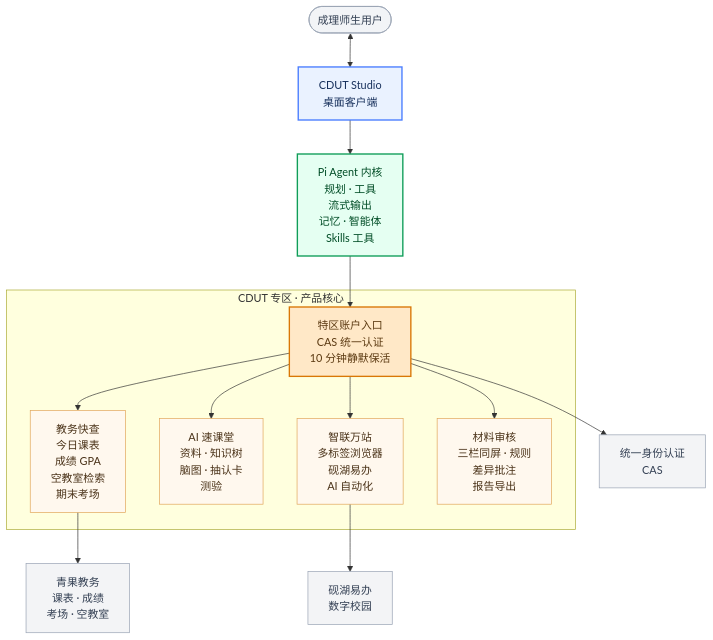
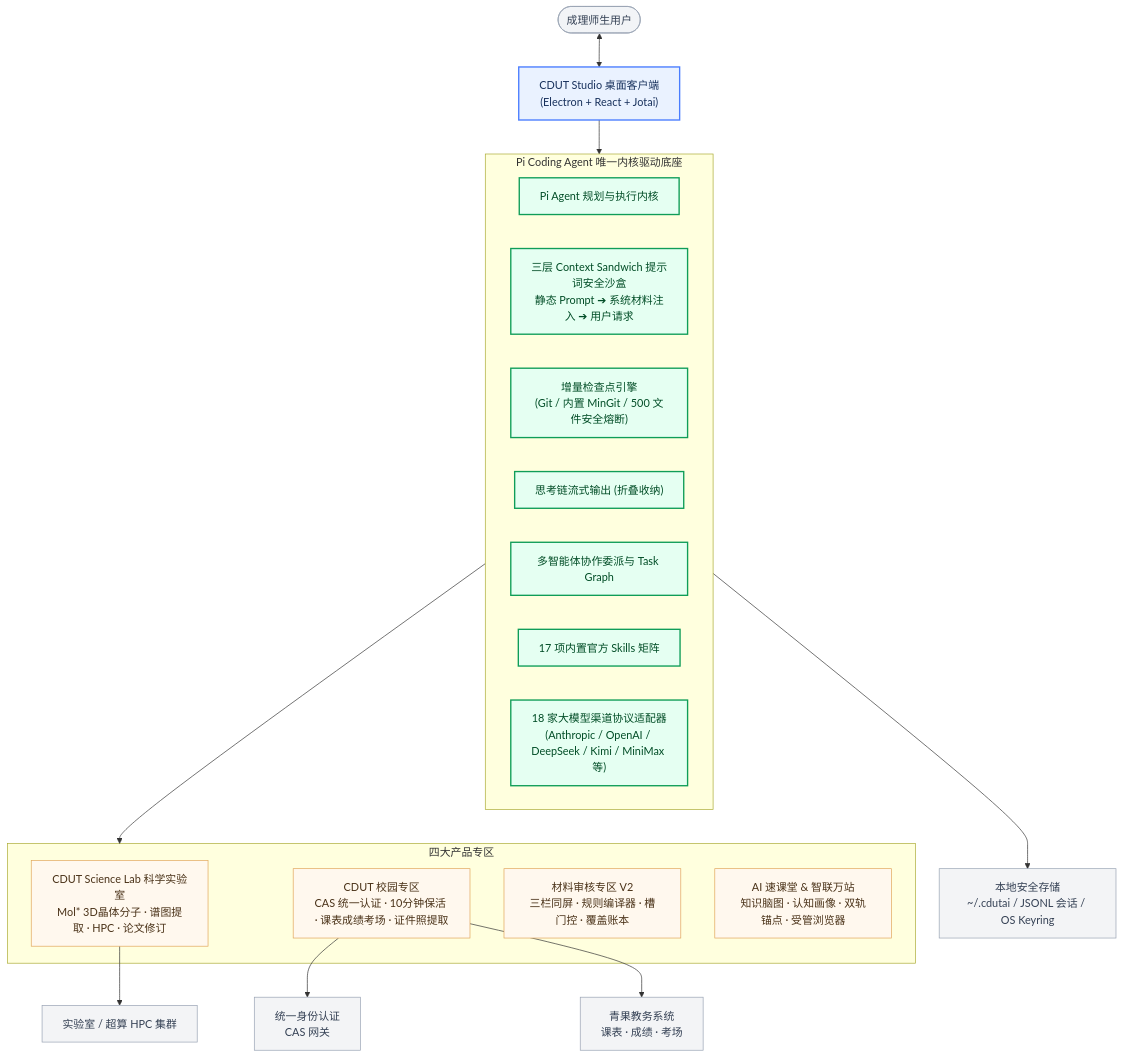
One commit to Fuck-GH-Admin/CDUT-Studio changed the diagram in README.md. Above: the diagram before and after it, drawn with Mermaid. The commit also changed other lines of this file and 10 other files, not shown here.

````diff
--- a/README.md
+++ b/README.md
@@ -150,38 +234,43 @@
 ```mermaid
 flowchart TD
     classDef user fill:#F2F4F7,stroke:#98A2B3,stroke-width:1px,color:#344054
     classDef client fill:#EAF2FF,stroke:#4A7DFF,stroke-width:2px,color:#17305C
     classDef core fill:#E5FFF2,stroke:#0F9D58,stroke-width:2px,color:#004D26
     classDef zone fill:#FFE8C7,stroke:#D97706,stroke-width:2px,color:#5C3A12
     classDef module fill:#FFF8EE,stroke:#E0A458,stroke-width:1px,color:#4A3218
     classDef external fill:#F3F4F6,stroke:#98A2B3,stroke-width:1px,color:#344054
 
     User(["成理师生用户"]):::user
-    Client["CDUT Studio<br/>桌面客户端"]:::client
-    Core["Pi Agent 内核<br/>规划 · 工具<br/>流式输出<br/>记忆 · 智能体<br/>Skills 工具"]:::core
+    Client["CDUT Studio 桌面客户端<br/>(Electron + React + Jotai)"]:::client
 
-    subgraph CDUT["CDUT 专区 · 产品核心"]
-        Zone["特区账户入口<br/>CAS 统一认证<br/>10 分钟静默保活"]:::zone
-        Quick["教务快查<br/>今日课表<br/>成绩 GPA<br/>空教室检索<br/>期末考场"]:::module
-        AIClass["AI 速课堂<br/>资料 · 知识树<br/>脑图 · 抽认卡<br/>测验"]:::module
-        Yanhu["智联万站<br/>多标签浏览器<br/>砚湖易办<br/>AI 自动化"]:::module
-        Review["材料审核<br/>三栏同屏 · 规则<br/>差异批注<br/>报告导出"]:::module
+    subgraph CoreEngine["Pi Coding Agent 唯一内核驱动底座"]
+        PiCore["Pi Agent 规划与执行内核"]:::core
+        PromptSandwich["三层 Context Sandwich 提示词安全沙盒<br/>静态 Prompt ➔ 系统材料注入 ➔ 用户请求"]:::core
+        Snapshots["增量检查点引擎<br/>(Git / 内置 MinGit / 500 文件安全熔断)"]:::core
+        ThinkingFlow["思考链流式输出 (折叠收纳)"]:::core
+        Collaboration["多智能体协作委派与 Task Graph"]:::core
+        OfficialSkills["17 项内置官方 Skills 矩阵"]:::core
+        ProviderRegistry["18 家大模型渠道协议适配器<br/>(Anthropic / OpenAI / DeepSeek / Kimi / MiniMax 等)"]:::core
     end
 
-    CAS["统一身份认证<br/>CAS"]:::external
-    JW["青果教务<br/>课表 · 成绩<br/>考场 · 空教室"]:::external
-    YH["砚湖易办<br/>数字校园"]:::external
+    subgraph ProductZones["四大产品专区"]
+        CSLab["CDUT Science Lab 科学实验室<br/>Mol* 3D晶体分子 · 谱图提取 · HPC · 论文修订"]:::module
+        CampusZone["CDUT 校园专区<br/>CAS 统一认证 · 10分钟保活 · 课表成绩考场 · 证件照提取"]:::module
+        ReviewV2["材料审核专区 V2<br/>三栏同屏 · 规则编译器 · 槽门控 · 覆盖账本"]:::module
+        AIClassroom["AI 速课堂 & 智联万站<br/>知识脑图 · 认知画像 · 双轨锚点 · 受管浏览器"]:::module
+    end
+
+    ExternalJW["青果教务系统<br/>课表 · 成绩 · 考场"]:::external
+    ExternalCAS["统一身份认证<br/>CAS 网关"]:::external
+    ExternalHPC["实验室 / 超算 HPC 集群"]:::external
+    LocalFS["本地安全存储<br/>~/.cdutai / JSONL 会话 / OS Keyring"]:::external
 
     User <--> Client
-    Client --> Core
-    Core --> Zone
+    Client --> CoreEngine
+    CoreEngine --> ProductZones
 
-    Zone --> Quick
-    Zone --> AIClass
-    Zone --> Yanhu
-    Zone --> Review
-
-    Zone --> CAS
-    Quick --> JW
-    Yanhu --> YH
+    CampusZone --> ExternalCAS
+    CampusZone --> ExternalJW
+    CSLab --> ExternalHPC
+    CoreEngine --> LocalFS
 ```
````
